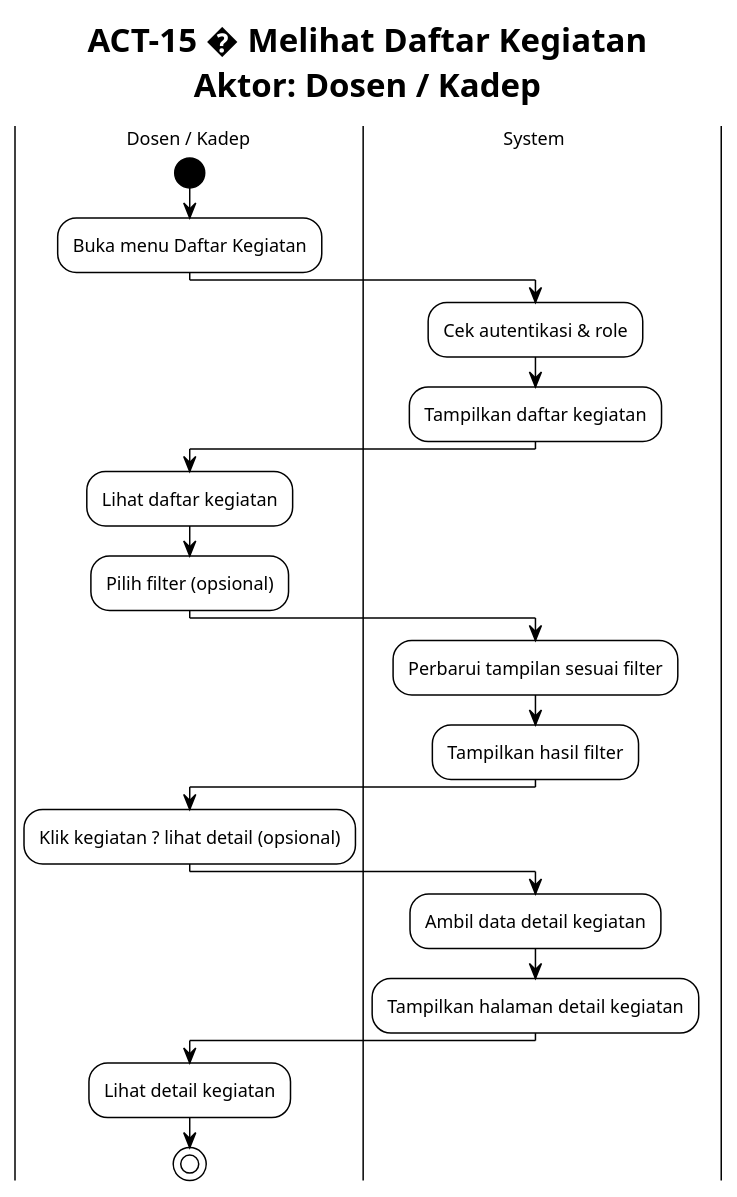
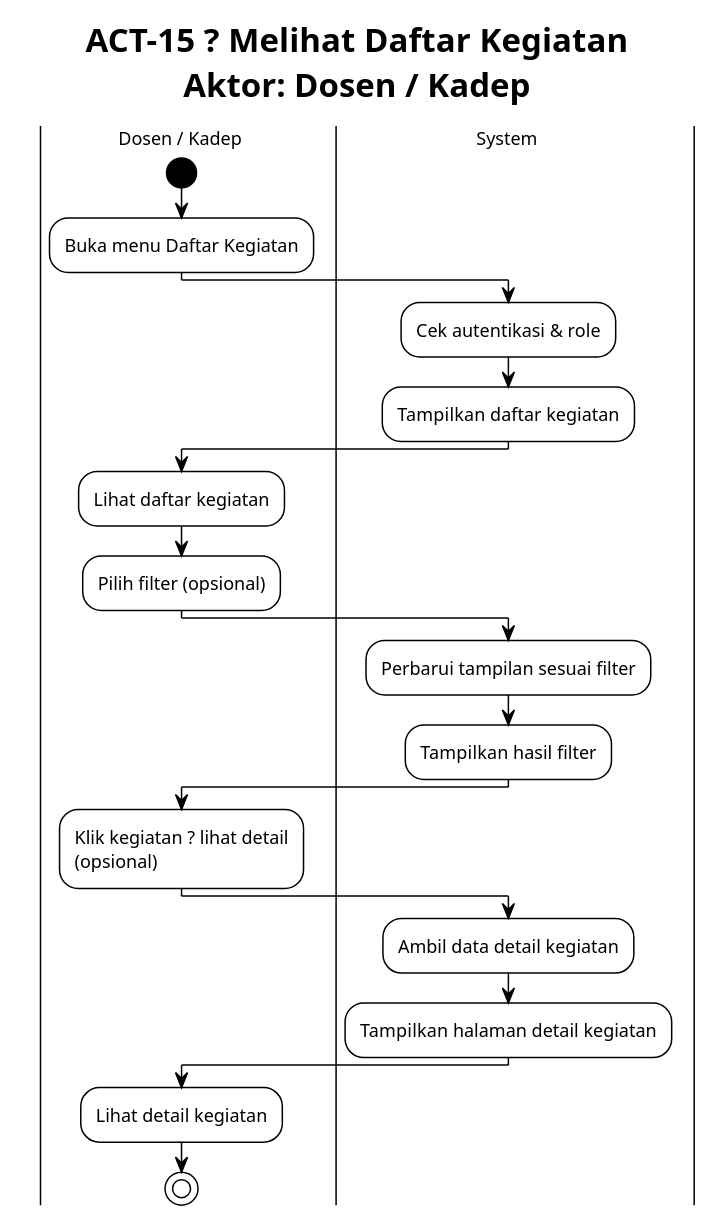
The diagram in docs/kegiatan_proker/activity/ACT_15_MELIHAT_DAFTAR_KEGIATAN.puml (Habiboys/SILAB-DSI), drawn with PlantUML before and after one commit. The commit also changed 313 other files, not shown here.

```diff
--- a/docs/kegiatan_proker/activity/ACT_15_MELIHAT_DAFTAR_KEGIATAN.puml
+++ b/docs/kegiatan_proker/activity/ACT_15_MELIHAT_DAFTAR_KEGIATAN.puml
@@ -1,39 +1,43 @@
 @startuml ACT_15_MELIHAT_DAFTAR_KEGIATAN
 !theme plain
+!pragma useVerticalIf on
+scale max 1600 width
+skinparam wrapWidth 200
+
 skinparam defaultFontSize 12
 skinparam swimlaneWidth 220
 skinparam ActivityStartColor black
 skinparam ActivityEndColor black
-title ACT-15 � Melihat Daftar Kegiatan\nAktor: Dosen / Kadep
+title ACT-15 ? Melihat Daftar Kegiatan\nAktor: Dosen / Kadep
 
 |Dosen / Kadep|
 |System|
 
 |Dosen / Kadep|
 start
 :Buka menu Daftar Kegiatan;
 
 |System|
 :Cek autentikasi & role;
 :Tampilkan daftar kegiatan;
 
 |Dosen / Kadep|
 :Lihat daftar kegiatan;
 :Pilih filter (opsional);
 
 |System|
 :Perbarui tampilan sesuai filter;
 :Tampilkan hasil filter;
 
 |Dosen / Kadep|
 :Klik kegiatan ? lihat detail (opsional);
 
 |System|
 :Ambil data detail kegiatan;
 :Tampilkan halaman detail kegiatan;
 
 |Dosen / Kadep|
 :Lihat detail kegiatan;
 
 stop
 @enduml
```
